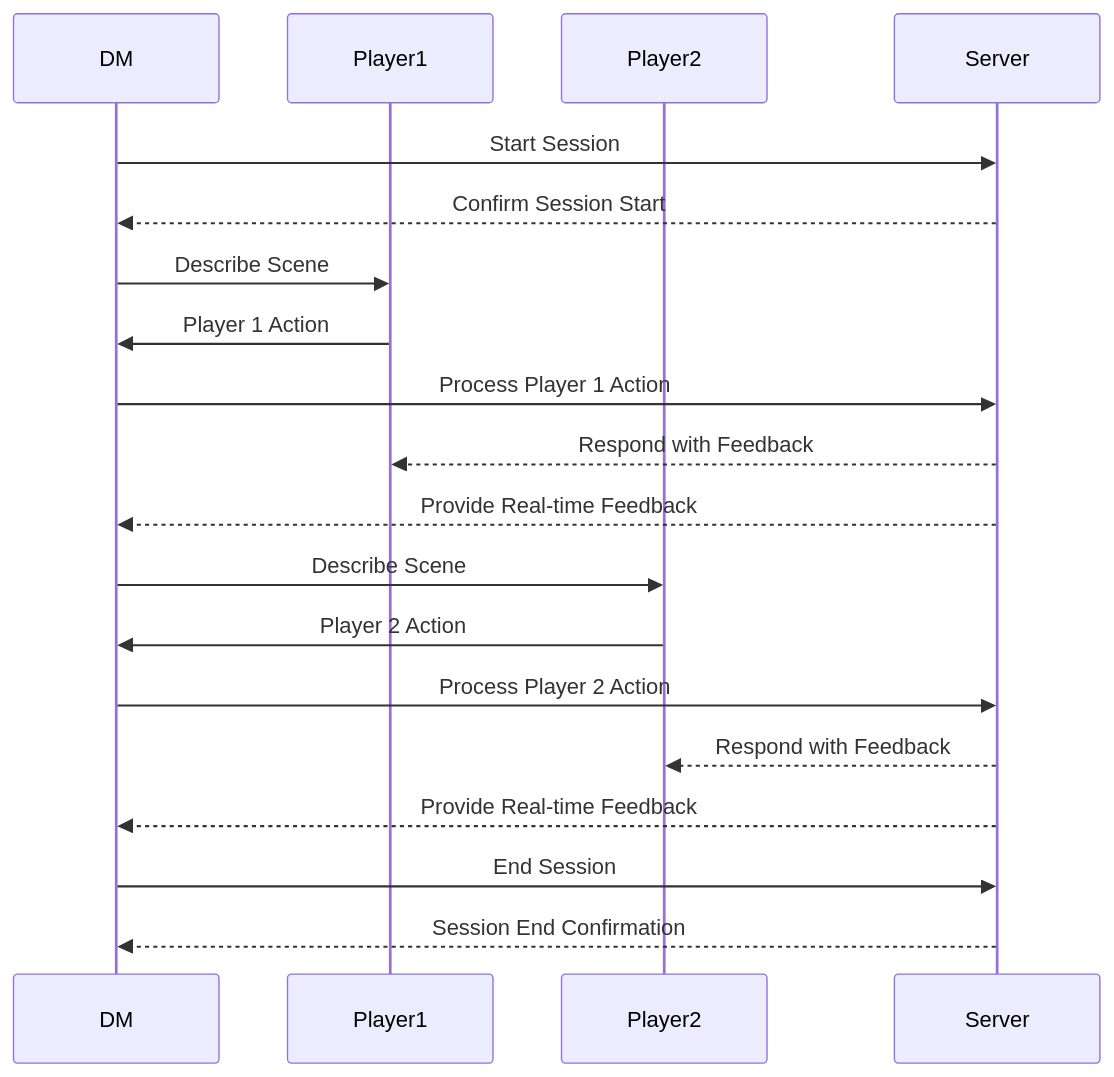
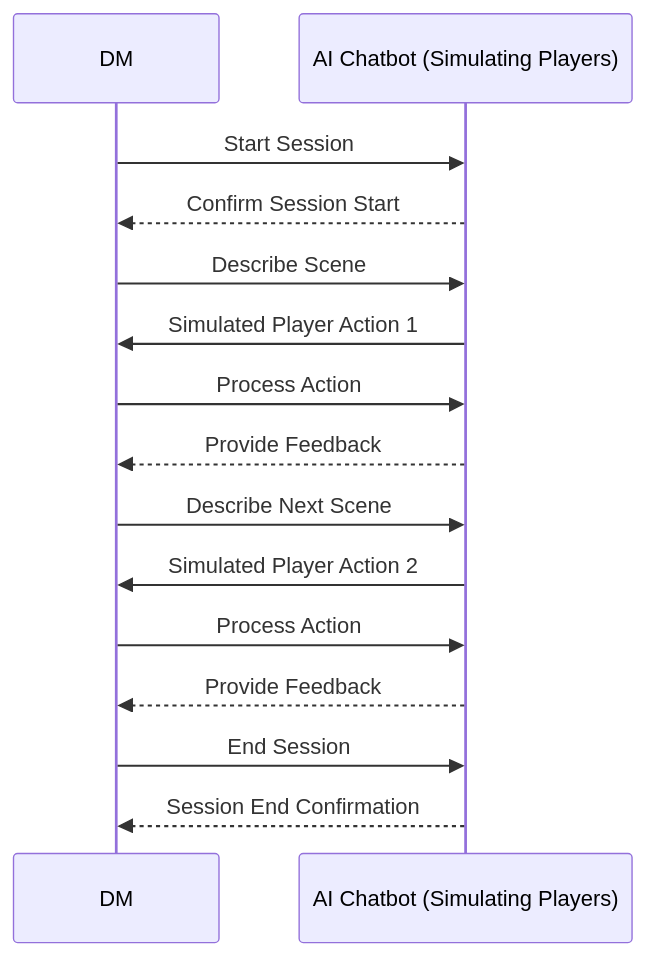
The diagram in README.md (matthewandersonthompson/startup), drawn with Mermaid before and after one commit. The commit also changed other lines of this file, not shown here.

Commit message:
Design Images and README updates to mermaid 2

````diff
--- a/README.md
+++ b/README.md
@@ -31,25 +31,21 @@
 ```mermaid
 sequenceDiagram
     participant DM
-    participant Player1
-    participant Player2
-    participant Server
+    participant AI_Chatbot as AI Chatbot (Simulating Players)
     
-    DM->>Server: Start Session
-    Server-->>DM: Confirm Session Start
+    DM->>AI_Chatbot: Start Session
+    AI_Chatbot-->>DM: Confirm Session Start
     
-    DM->>Player1: Describe Scene
-    Player1->>DM: Player 1 Action
-    DM->>Server: Process Player 1 Action
-    Server-->>Player1: Respond with Feedback
-    Server-->>DM: Provide Real-time Feedback
+    DM->>AI_Chatbot: Describe Scene
+    AI_Chatbot->>DM: Simulated Player Action 1
+    DM->>AI_Chatbot: Process Action
+    AI_Chatbot-->>DM: Provide Feedback
     
-    DM->>Player2: Describe Scene
-    Player2->>DM: Player 2 Action
-    DM->>Server: Process Player 2 Action
-    Server-->>Player2: Respond with Feedback
-    Server-->>DM: Provide Real-time Feedback
+    DM->>AI_Chatbot: Describe Next Scene
+    AI_Chatbot->>DM: Simulated Player Action 2
+    DM->>AI_Chatbot: Process Action
+    AI_Chatbot-->>DM: Provide Feedback
 
-    DM->>Server: End Session
-    Server-->>DM: Session End Confirmation
+    DM->>AI_Chatbot: End Session
+    AI_Chatbot-->>DM: Session End Confirmation
 ```
````
